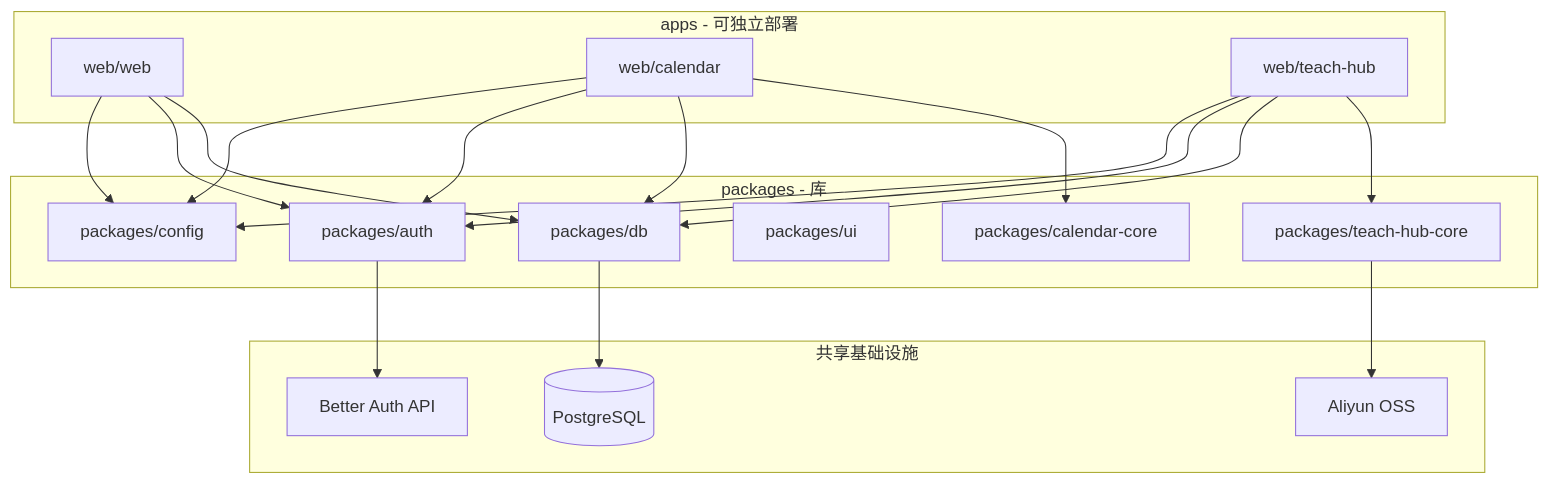
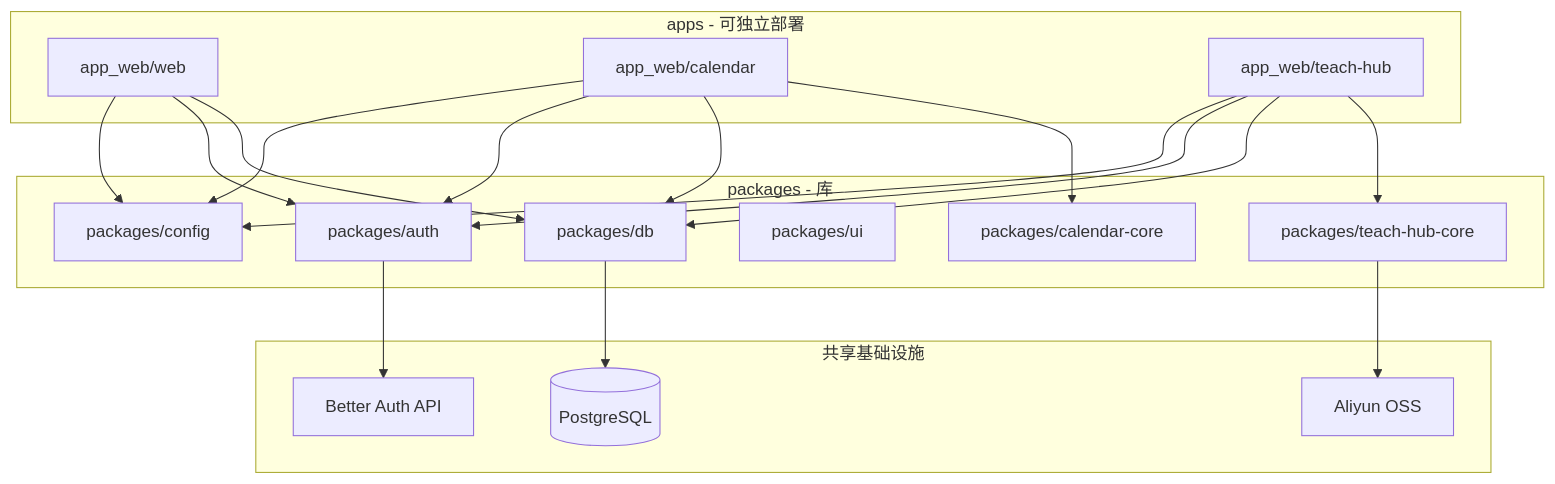
The diagram in docs/monorepo-migration/ARCHITECTURE.md (qxdqhr/profile-v1), drawn with Mermaid before and after one commit. The commit also changed other lines of this file and 1461 other files, not shown here.

First line of the commit message:
refactor: prefix app roots with app_ (web/games/mobile/desktop/wordpress)

````diff
--- a/docs/monorepo-migration/ARCHITECTURE.md
+++ b/docs/monorepo-migration/ARCHITECTURE.md
@@ -5,39 +5,39 @@
 ```mermaid
 flowchart TB
   subgraph apps [apps - 可独立部署]
-    WEB[web/web]
-    CAL[web/calendar]
-    TH[web/teach-hub]
+    WEB[app_web/web]
+    CAL[app_web/calendar]
+    TH[app_web/teach-hub]
   end
 
   subgraph packages [packages - 库]
     CFG[packages/config]
     AUTH[packages/auth]
     DB[packages/db]
     UI[packages/ui]
     CALC[packages/calendar-core]
     THC[packages/teach-hub-core]
   end
 
   subgraph infra [共享基础设施]
     PG[(PostgreSQL)]
     OSS[Aliyun OSS]
     AUTH_SVC[Better Auth API]
   end
 
   WEB --> CFG
   WEB --> AUTH
   WEB --> DB
   CAL --> CFG
   CAL --> AUTH
   CAL --> DB
   CAL --> CALC
   TH --> CFG
   TH --> AUTH
   TH --> DB
   TH --> THC
 
   DB --> PG
   THC --> OSS
   AUTH --> AUTH_SVC
 ```
````
